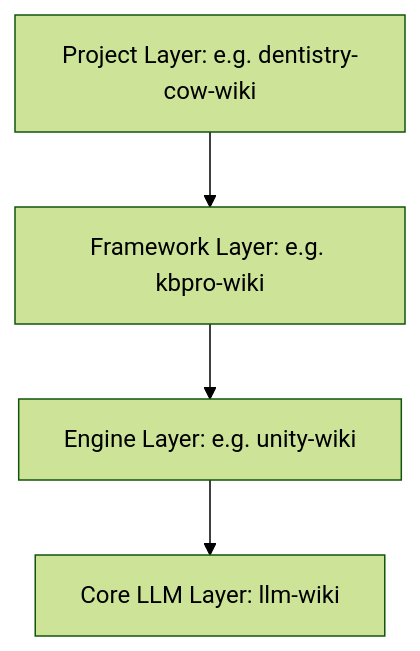
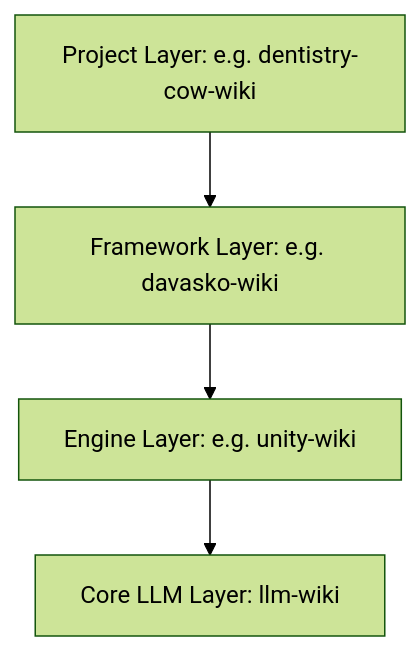
Before and after one commit to gDavASko/DavASkoLLMWiki: the first of 2 diagrams in README.md, drawn with Mermaid (forest theme). The commit also changed other lines of this file and 18 other files, not shown here.

Commit message:
refactor: rename framework namespace and references to davasko

````diff
--- a/README.md
+++ b/README.md
@@ -14,6 +14,6 @@
 ```mermaid
 graph TD
-    Project[Project Layer: e.g. dentistry-cow-wiki] --> Framework[Framework Layer: e.g. kbpro-wiki]
+    Project[Project Layer: e.g. dentistry-cow-wiki] --> Framework[Framework Layer: e.g. davasko-wiki]
     Framework --> Engine[Engine Layer: e.g. unity-wiki]
     Engine --> Root[Core LLM Layer: llm-wiki]
 ```
````
